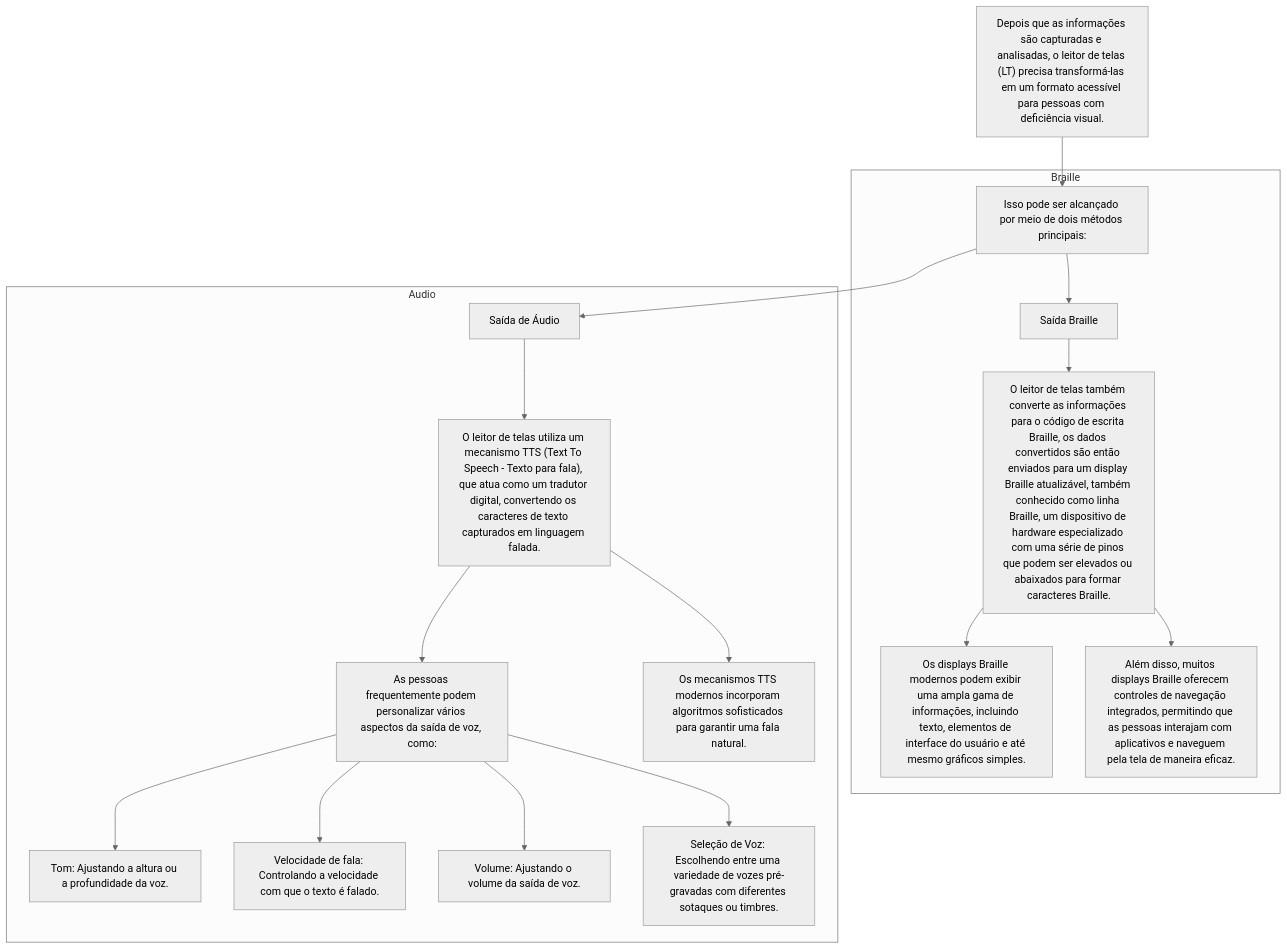
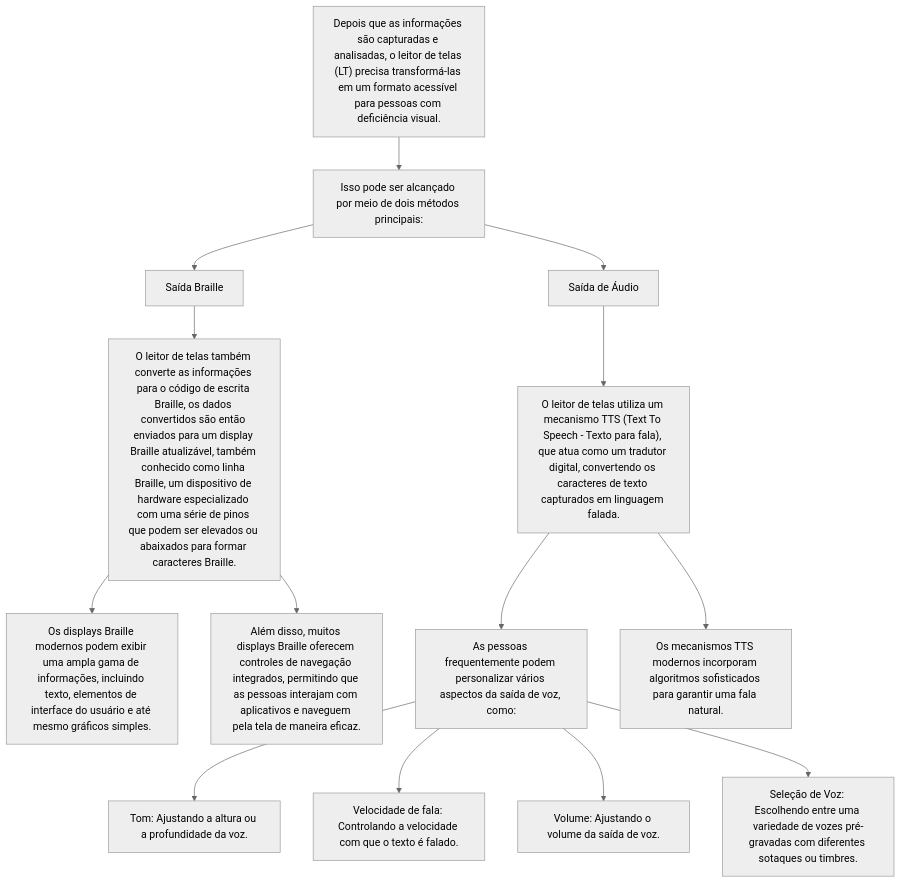
The third of 3 diagrams in README.md (Loui77BA/funcionamento-software-leitor-de-telas), drawn with Mermaid (neutral theme) before and after one commit. The commit also changed other lines of this file, not shown here.

````diff
--- a/README.md
+++ b/README.md
@@ -41,24 +43,19 @@
 ```mermaid
 graph TD;
-    A["Depois que as informações são capturadas e analisadas, o leitor de telas (LT) precisa transformá-las em um formato acessível para pessoas com deficiência visual."]
+  A["Depois que as informações são capturadas e analisadas, o leitor de telas (LT) precisa transformá-las em um formato acessível para pessoas com deficiência visual."]
 
-    A --> B["Isso pode ser alcançado por meio de dois métodos principais:"]
+  A --> B["Isso pode ser alcançado por meio de dois métodos principais:"]
+    B --> C["Saída Braille"]
+    C --> E["O leitor de telas também converte as informações para o código de escrita Braille, os dados convertidos são então enviados para um display Braille atualizável, também conhecido como linha Braille, um dispositivo de hardware especializado com uma série de pinos que podem ser elevados ou abaixados para formar caracteres Braille."]
+    E --> F["Os displays Braille modernos podem exibir uma ampla gama de informações, incluindo texto, elementos de interface do usuário e até mesmo gráficos simples."]
+    E --> G["Além disso, muitos displays Braille oferecem controles de navegação integrados, permitindo que as pessoas interajam com aplicativos e naveguem pela tela de maneira eficaz."]
 
-    subgraph Braille
-        B --> C["Saída Braille"]
-        C --> E["O leitor de telas também converte as informações para o código de escrita Braille, os dados convertidos são então enviados para um display Braille atualizável, também conhecido como linha Braille, um dispositivo de hardware especializado com uma série de pinos que podem ser elevados ou abaixados para formar caracteres Braille."]
-        E --> F["Os displays Braille modernos podem exibir uma ampla gama de informações, incluindo texto, elementos de interface do usuário e até mesmo gráficos simples."]
-        E --> G["Além disso, muitos displays Braille oferecem controles de navegação integrados, permitindo que as pessoas interajam com aplicativos e naveguem pela tela de maneira eficaz."]
-    end
-
-    subgraph Audio
-        B --> D["Saída de Áudio"]
-        D --> H["O leitor de telas utiliza um mecanismo TTS (Text To Speech - Texto para fala), que atua como um tradutor digital, convertendo os caracteres de texto capturados em linguagem falada."]
-        H --> I["As pessoas frequentemente podem personalizar vários aspectos da saída de voz, como:"]
-        H --> J["Os mecanismos TTS modernos incorporam algoritmos sofisticados para garantir uma fala natural."]
-        I --> K["Tom: Ajustando a altura ou a profundidade da voz."]
-        I --> L["Velocidade de fala: Controlando a velocidade com que o texto é falado."]
-        I --> M["Volume: Ajustando o volume da saída de voz."]
-        I --> N["Seleção de Voz: Escolhendo entre uma variedade de vozes pré-gravadas com diferentes sotaques ou timbres."]
-    end
+    B --> D["Saída de Áudio"]
+    D --> H["O leitor de telas utiliza um mecanismo TTS (Text To Speech - Texto para fala), que atua como um tradutor digital, convertendo os caracteres de texto capturados em linguagem falada."]
+    H --> I["As pessoas frequentemente podem personalizar vários aspectos da saída de voz, como:"]
+    H --> J["Os mecanismos TTS modernos incorporam algoritmos sofisticados para garantir uma fala natural."]
+    I --> K["Tom: Ajustando a altura ou a profundidade da voz."]
+    I --> L["Velocidade de fala: Controlando a velocidade com que o texto é falado."]
+    I --> M["Volume: Ajustando o volume da saída de voz."]
+    I --> N["Seleção de Voz: Escolhendo entre uma variedade de vozes pré-gravadas com diferentes sotaques ou timbres."]
 ```
````
